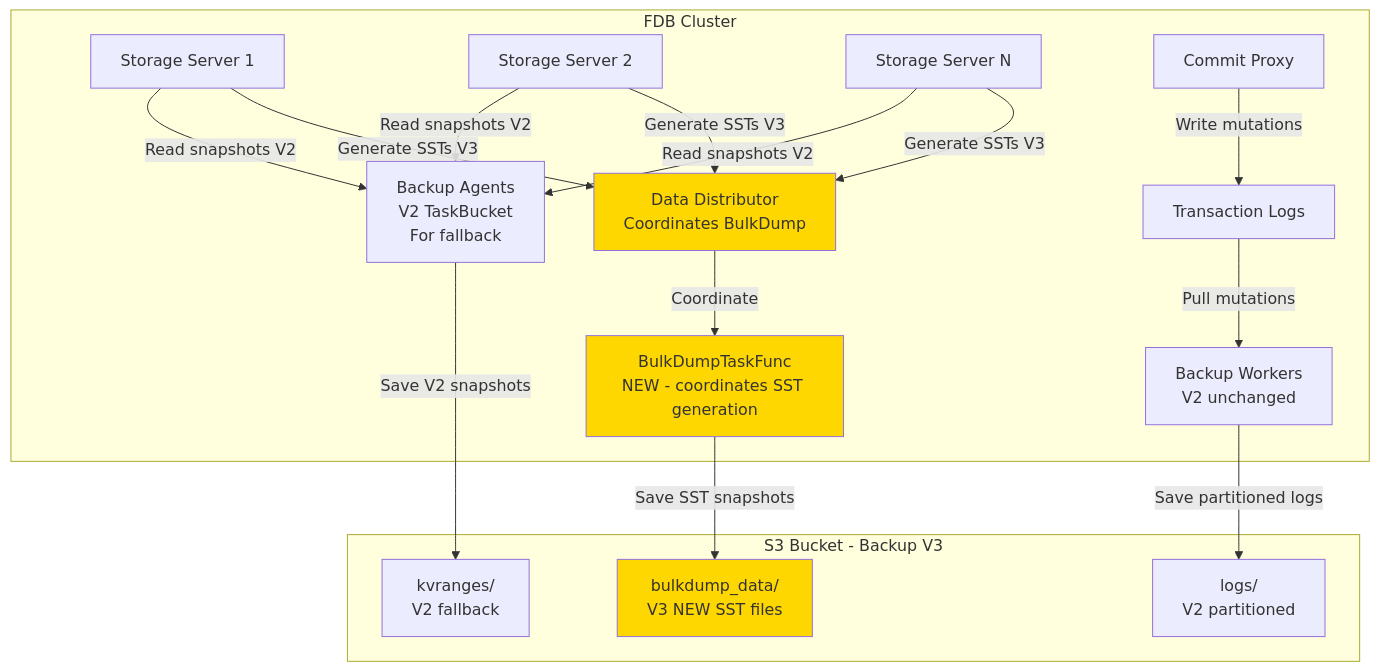
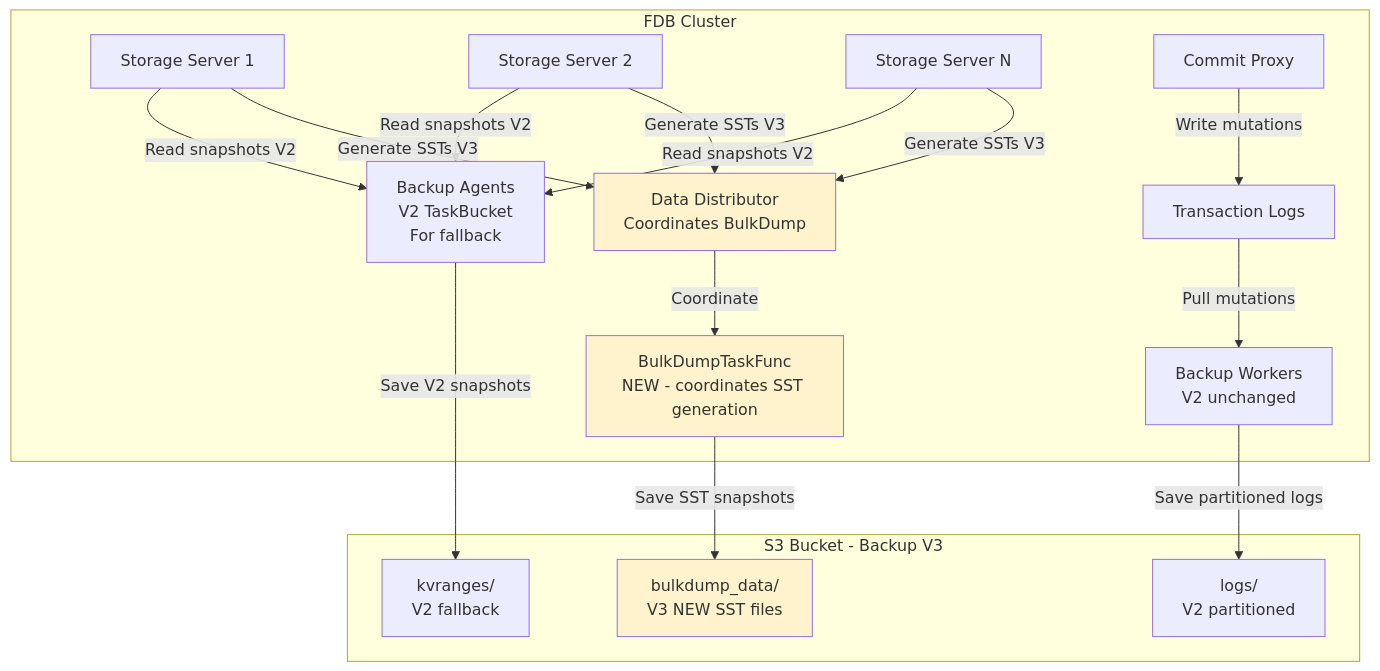
Before and after one commit to apple/foundationdb: the third of 4 diagrams in design/bulkload-restore-integration.md, drawn with Mermaid. The commit also changed other lines of this file and 1 other file, not shown here.

````diff
--- a/design/bulkload-restore-integration.md
+++ b/design/bulkload-restore-integration.md
@@ -151,43 +151,43 @@
 ```mermaid
 graph TB
     subgraph FDB_Cluster_V3["FDB Cluster"]
         SS1[Storage Server 1]
         SS2[Storage Server 2]
         SSN[Storage Server N]
         
         DD["Data Distributor<br/>Coordinates BulkDump"]
         CP[Commit Proxy]
         TLog[Transaction Logs]
         
         BA["Backup Agents<br/>V2 TaskBucket<br/>For fallback"]
         BW["Backup Workers<br/>V2 unchanged"]
         BDTF["BulkDumpTaskFunc<br/>NEW - coordinates SST generation"]
         
         SS1 -->|Read snapshots V2| BA
         SS2 -->|Read snapshots V2| BA
         SSN -->|Read snapshots V2| BA
         
         SS1 -->|Generate SSTs V3| DD
         SS2 -->|Generate SSTs V3| DD
         SSN -->|Generate SSTs V3| DD
         
         DD -->|Coordinate| BDTF
         
         CP -->|Write mutations| TLog
         TLog -->|Pull mutations| BW
     end
     
     subgraph S3_V3["S3 Bucket - Backup V3"]
         RF["kvranges/<br/>V2 fallback"]
         ML["logs/<br/>V2 partitioned"]
         BD["bulkdump_data/<br/>V3 NEW SST files"]
     end
     
     BA -->|Save V2 snapshots| RF
     BW -->|Save partitioned logs| ML
     BDTF -->|Save SST snapshots| BD
     
-    style BDTF fill:#FFD700
-    style DD fill:#FFD700
-    style BD fill:#FFD700
+    style BDTF fill:#FFF3CD
+    style DD fill:#FFF3CD
+    style BD fill:#FFF3CD
 ```
````
